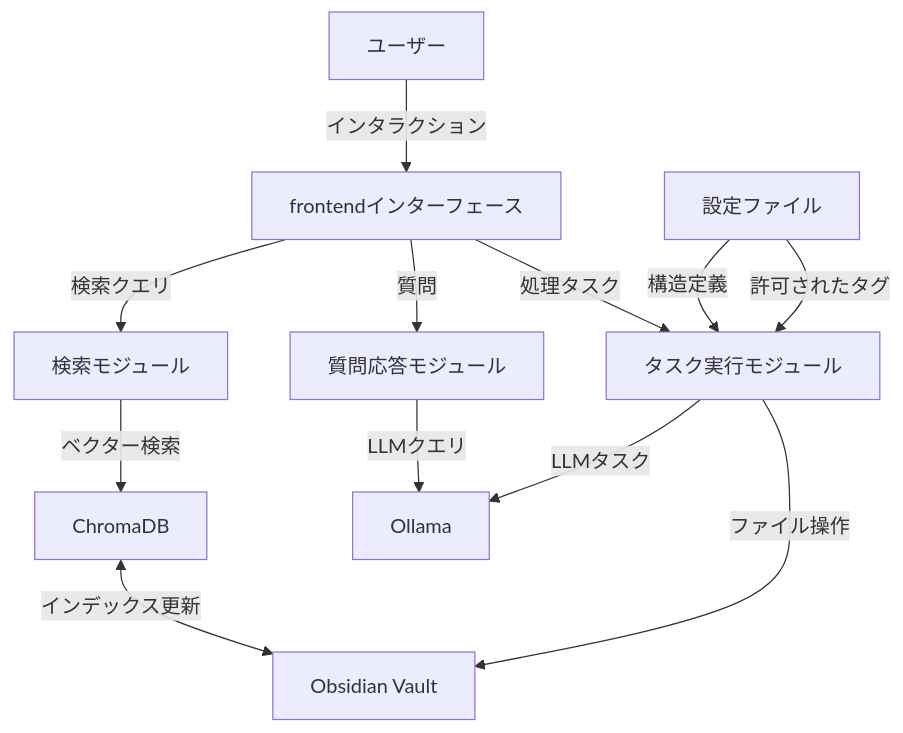
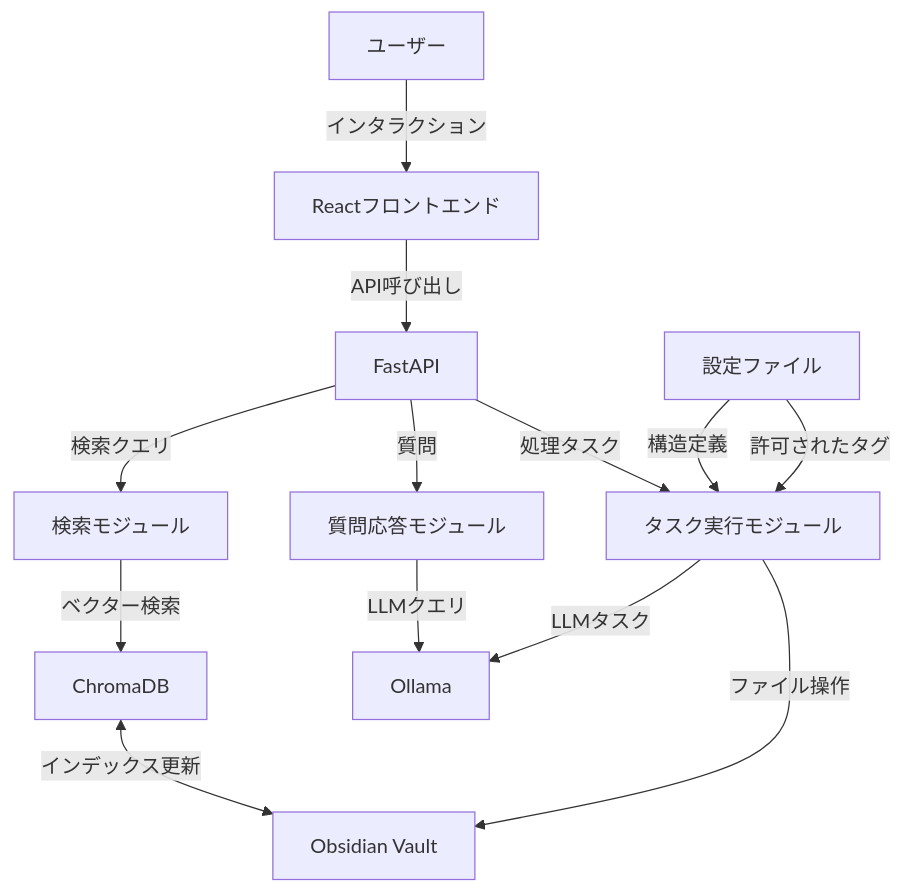
The diagram in README.md (NewAITees/Obsidian-Concierge), drawn with Mermaid before and after one commit. The commit also changed other lines of this file and 41 other files, not shown here.

````diff
--- a/README.md
+++ b/README.md
@@ -23,17 +24,18 @@
 ```mermaid
 graph TD
-    A[ユーザー] -->|インタラクション| B[frontendインターフェース]
-    B -->|検索クエリ| C[検索モジュール]
-    B -->|質問| D[質問応答モジュール]
-    B -->|処理タスク| E[タスク実行モジュール]
+    A[ユーザー] -->|インタラクション| B[Reactフロントエンド]
+    B -->|API呼び出し| C[FastAPI]
+    C -->|検索クエリ| D[検索モジュール]
+    C -->|質問| E[質問応答モジュール]
+    C -->|処理タスク| F[タスク実行モジュール]
     
-    C -->|ベクター検索| F[ChromaDB]
-    D -->|LLMクエリ| G[Ollama]
-    E -->|LLMタスク| G
+    D -->|ベクター検索| G[ChromaDB]
+    E -->|LLMクエリ| H[Ollama]
+    F -->|LLMタスク| H
     
-    F <-->|インデックス更新| H[Obsidian Vault]
-    E -->|ファイル操作| H
+    G <-->|インデックス更新| I[Obsidian Vault]
+    F -->|ファイル操作| I
     
-    I[設定ファイル] -->|構造定義| E
-    I -->|許可されたタグ| E
+    J[設定ファイル] -->|構造定義| F
+    J -->|許可されたタグ| F
 ```
````
